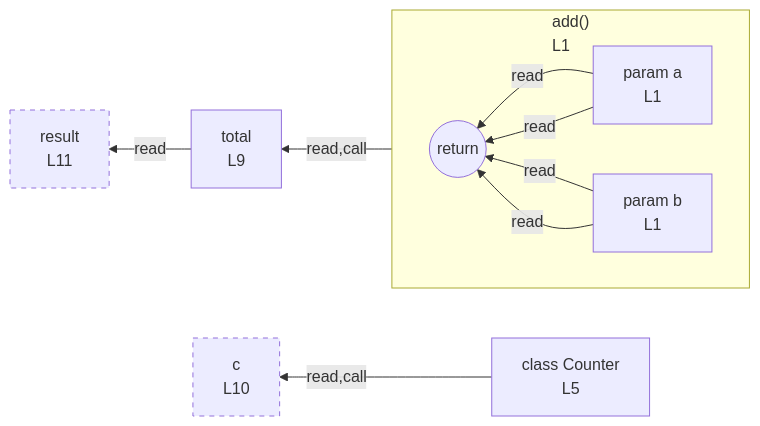
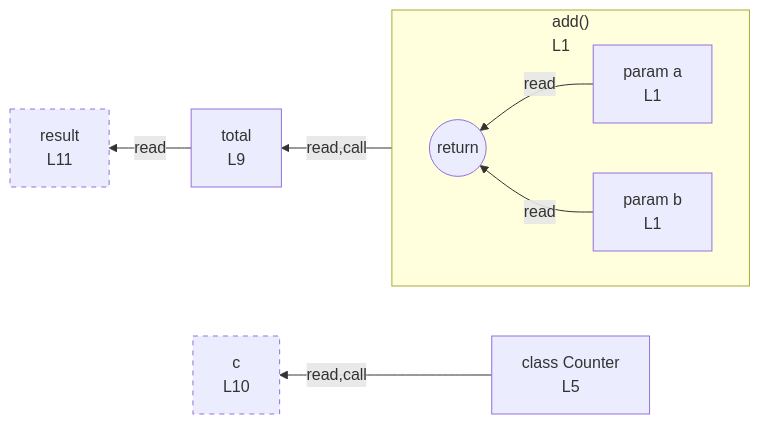
Before and after one commit to crescware/unsnarl: the diagram in integration/fixtures/function-and-class/preview.md, drawn with Mermaid. The commit also changed 6 other files, not shown here.

````diff
--- a/integration/fixtures/function-and-class/preview.md
+++ b/integration/fixtures/function-and-class/preview.md
@@ -21,23 +21,21 @@
 ```mermaid
 flowchart RL
   subgraph n_scope_0_add_9["add()<br/>L1"]
     direction RL
     return_scope_0_add_9((return))
     n_scope_1_a_13["param a<br/>L1"]
     n_scope_1_b_24["param b<br/>L1"]
   end
   n_scope_0_Counter_62["class Counter<br/>L5"]
   n_scope_0_total_94["total<br/>L9"]
   n_scope_0_c_119["c<br/>L10"]
   n_scope_0_result_144["result<br/>L11"]
   n_scope_1_a_13 -->|read| return_scope_0_add_9
   n_scope_1_b_24 -->|read| return_scope_0_add_9
-  n_scope_1_a_13 -->|read| return_scope_0_add_9
-  n_scope_1_b_24 -->|read| return_scope_0_add_9
   n_scope_0_add_9 -->|read,call| n_scope_0_total_94
   n_scope_0_Counter_62 -->|read,call| n_scope_0_c_119
   n_scope_0_total_94 -->|read| n_scope_0_result_144
   classDef unused stroke-dasharray: 5 5;
   class n_scope_0_c_119 unused;
   class n_scope_0_result_144 unused;
 ```
````
